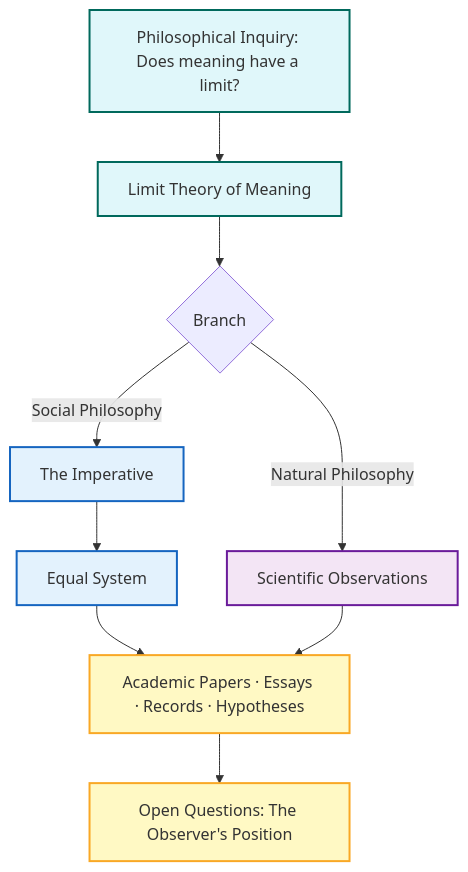
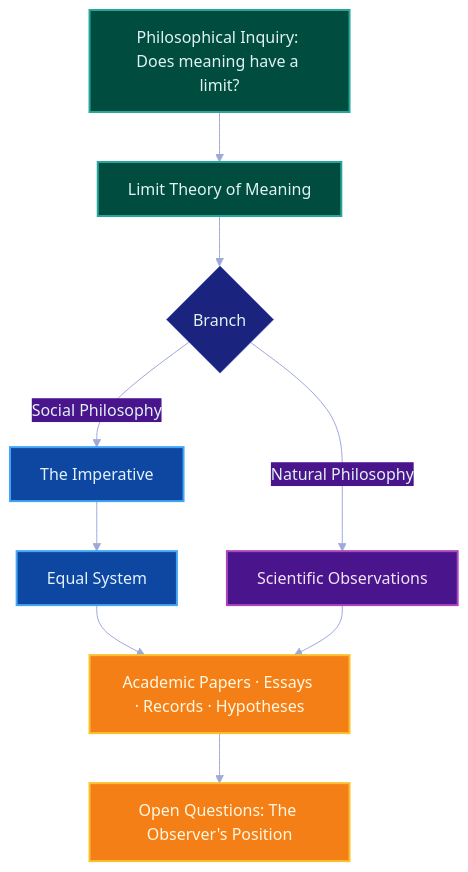
The first of 2 diagrams in README.md (maxlanceund/equal-system), drawn with Mermaid before and after one commit. The commit also changed other lines of this file, not shown here.

````diff
--- a/README.md
+++ b/README.md
@@ -30,20 +31,28 @@
 ```mermaid
+%%{init: {'theme': 'base', 'themeVariables': {
+    'primaryColor': '#1a237e',
+    'primaryTextColor': '#e8eaf6',
+    'primaryBorderColor': '#5c6bc0',
+    'lineColor': '#9fa8da',
+    'secondaryColor': '#4a148c',
+    'tertiaryColor': '#f9a825'
+}}}%%
 graph TD
     A[Philosophical Inquiry: Does meaning have a limit?] --> B[Limit Theory of Meaning]
     B --> C{Branch}
     C -->|Social Philosophy| D[The Imperative]
     D --> E[Equal System]
     C -->|Natural Philosophy| F[Scientific Observations]
     E --> G[Academic Papers · Essays · Records · Hypotheses]
     F --> G
     G --> H[Open Questions: The Observer's Position]
 
-    classDef social fill:#e3f2fd,stroke:#1565c0,stroke-width:2px;
-    classDef natural fill:#f3e5f5,stroke:#6a1b9a,stroke-width:2px;
-    classDef merge fill:#fff9c4,stroke:#f9a825,stroke-width:2px;
-    classDef root fill:#e0f7fa,stroke:#00695c,stroke-width:2px;
+    classDef social fill:#0d47a1,stroke:#42a5f5,stroke-width:2px,color:#e3f2fd;
+    classDef natural fill:#4a148c,stroke:#ab47bc,stroke-width:2px,color:#f3e5f5;
+    classDef merge fill:#f57f17,stroke:#fbc02d,stroke-width:2px,color:#fff8e1;
+    classDef root fill:#004d40,stroke:#26a69a,stroke-width:2px,color:#e0f2f1;
     class A,B root;
     class D,E social;
     class F natural;
     class G,H merge;
 ```
````
